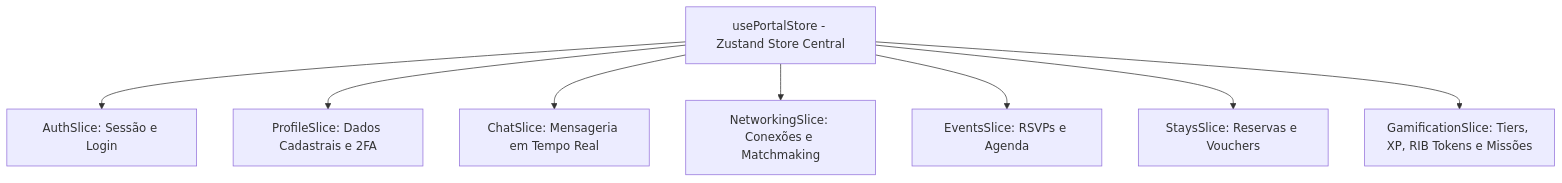
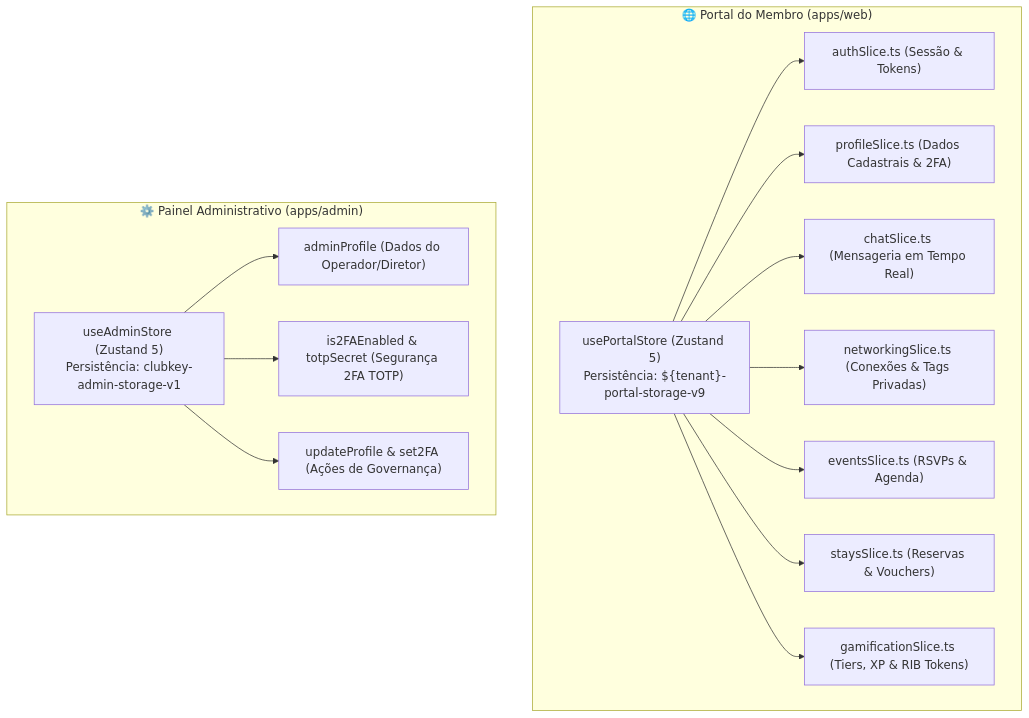
The diagram in docs/STATE_MANAGEMENT.md (gui-bus/clubkey), drawn with Mermaid before and after one commit. The commit also changed other lines of this file and 6 other files, not shown here.

Commit message:
docs(monorepo): update architecture and root readme for monorepo setup

````diff
--- a/docs/STATE_MANAGEMENT.md
+++ b/docs/STATE_MANAGEMENT.md
@@ -22,11 +11,20 @@
 ```mermaid
 flowchart TD
-    Store["usePortalStore - Zustand Store Central"]
-    Store --> S1["AuthSlice: Sessão e Login"]
-    Store --> S2["ProfileSlice: Dados Cadastrais e 2FA"]
-    Store --> S3["ChatSlice: Mensageria em Tempo Real"]
-    Store --> S4["NetworkingSlice: Conexões e Matchmaking"]
-    Store --> S5["EventsSlice: RSVPs e Agenda"]
-    Store --> S6["StaysSlice: Reservas e Vouchers"]
-    Store --> S7["GamificationSlice: Tiers, XP, RIB Tokens e Missões"]
+    subgraph WebApp ["🌐 Portal do Membro (apps/web)"]
+        WebStore["usePortalStore (Zustand 5)<br/>Persistência: ${tenant}-portal-storage-v9"]
+        WebStore --> S1["authSlice.ts (Sessão & Tokens)"]
+        WebStore --> S2["profileSlice.ts (Dados Cadastrais & 2FA)"]
+        WebStore --> S3["chatSlice.ts (Mensageria em Tempo Real)"]
+        WebStore --> S4["networkingSlice.ts (Conexões & Tags Privadas)"]
+        WebStore --> S5["eventsSlice.ts (RSVPs & Agenda)"]
+        WebStore --> S6["staysSlice.ts (Reservas & Vouchers)"]
+        WebStore --> S7["gamificationSlice.ts (Tiers, XP & RIB Tokens)"]
+    end
+
+    subgraph AdminApp ["⚙️ Painel Administrativo (apps/admin)"]
+        AdminStore["useAdminStore (Zustand 5)<br/>Persistência: clubkey-admin-storage-v1"]
+        AdminStore --> A1["adminProfile (Dados do Operador/Diretor)"]
+        AdminStore --> A2["is2FAEnabled & totpSecret (Segurança 2FA TOTP)"]
+        AdminStore --> A3["updateProfile & set2FA (Ações de Governança)"]
+    end
 ```
````
